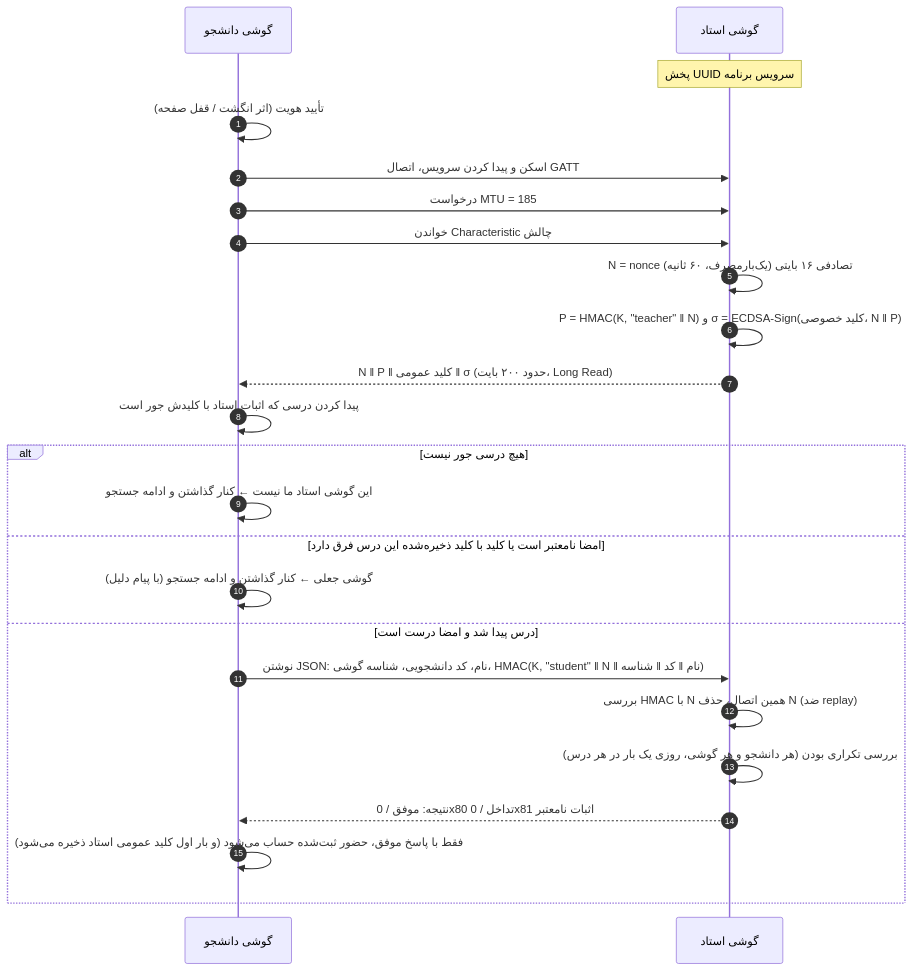
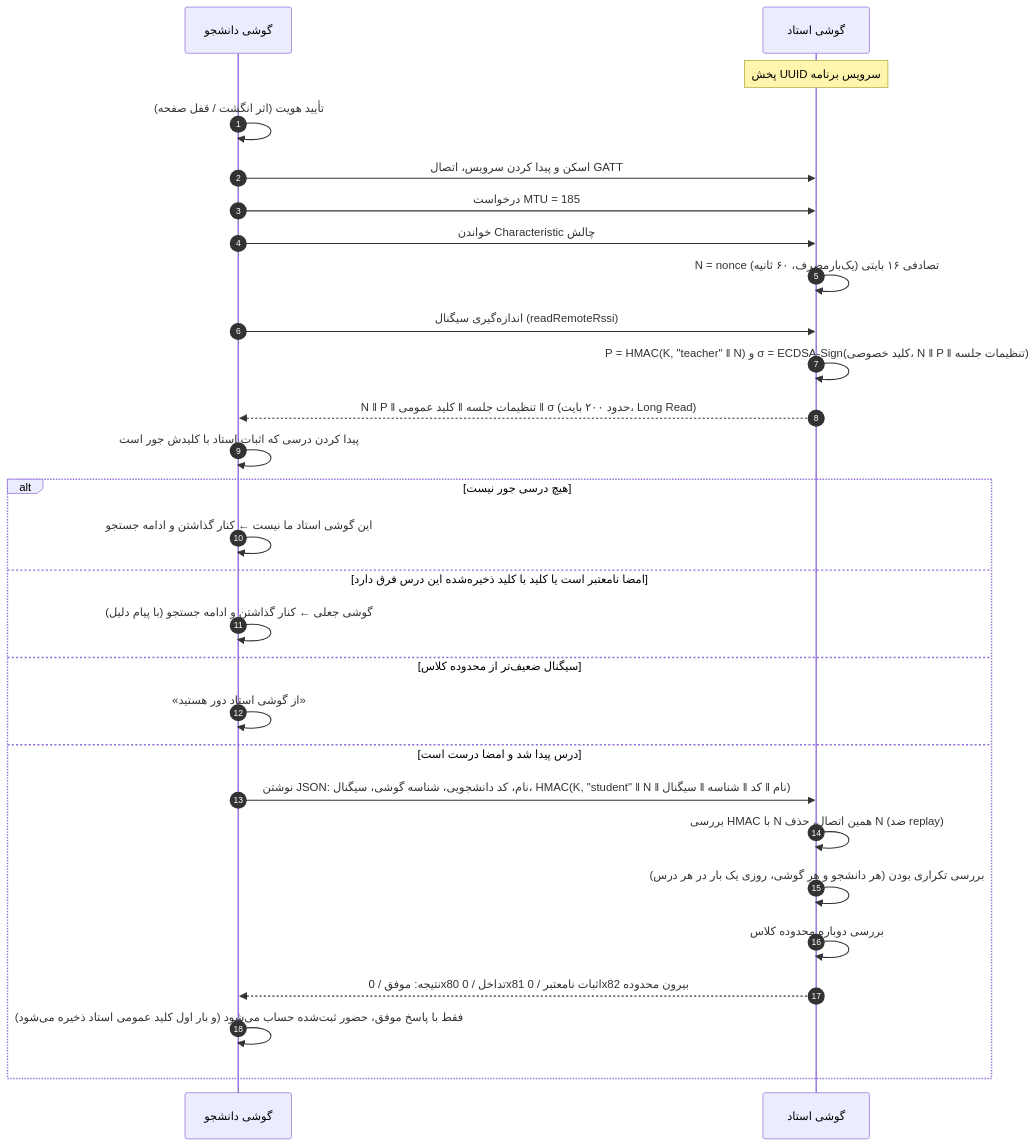
Before and after one commit to ali-cev-1200/Presence: the third of 4 diagrams in docs/report.md, drawn with Mermaid. The commit also changed other lines of this file and 21 other files, not shown here.

First line of the commit message:
add : محدوده کلاس با قدرت سیگنال بلوتوث (RSSI)

````diff
--- a/docs/report.md
+++ b/docs/report.md
@@ -119,26 +137,30 @@
 ```mermaid
 sequenceDiagram
     autonumber
     participant S as گوشی دانشجو
     participant T as گوشی استاد
     Note over T: پخش UUID سرویس برنامه
     S->>S: تأیید هویت (اثر انگشت / قفل صفحه)
     S->>T: اسکن و پیدا کردن سرویس، اتصال GATT
     S->>T: درخواست MTU = 185
     S->>T: خواندن Characteristic چالش
     T->>T: N = nonce تصادفی ۱۶ بایتی (یک‌بارمصرف، ۶۰ ثانیه)
-    T->>T: P = HMAC(K, "teacher" ‖ N) و σ = ECDSA-Sign(کلید خصوصی، N ‖ P)
-    T-->>S: N ‖ P ‖ کلید عمومی ‖ σ (حدود ۲۰۰ بایت، Long Read)
+    S->>T: اندازه‌گیری سیگنال (readRemoteRssi)
+    T->>T: P = HMAC(K, "teacher" ‖ N) و σ = ECDSA-Sign(کلید خصوصی، N ‖ P ‖ تنظیمات جلسه)
+    T-->>S: N ‖ P ‖ تنظیمات جلسه ‖ کلید عمومی ‖ σ (حدود ۲۰۰ بایت، Long Read)
     S->>S: پیدا کردن درسی که اثبات استاد با کلیدش جور است
     alt هیچ درسی جور نیست
         S->>S: این گوشی استاد ما نیست ← کنار گذاشتن و ادامه جستجو
     else امضا نامعتبر است یا کلید با کلید ذخیره‌شده این درس فرق دارد
         S->>S: گوشی جعلی ← کنار گذاشتن و ادامه جستجو (با پیام دلیل)
+    else سیگنال ضعیف‌تر از محدوده کلاس
+        S->>S: «از گوشی استاد دور هستید»
     else درس پیدا شد و امضا درست است
-        S->>T: نوشتن JSON: نام، کد دانشجویی، شناسه گوشی، HMAC(K, "student" ‖ N ‖ نام ‖ کد ‖ شناسه)
+        S->>T: نوشتن JSON: نام، کد دانشجویی، شناسه گوشی، سیگنال، HMAC(K, "student" ‖ N ‖ نام ‖ کد ‖ شناسه ‖ سیگنال)
         T->>T: بررسی HMAC با N همین اتصال، حذف N (ضد replay)
         T->>T: بررسی تکراری بودن (هر دانشجو و هر گوشی، روزی یک بار در هر درس)
-        T-->>S: نتیجه: موفق / 0x80 تداخل / 0x81 اثبات نامعتبر
+        T->>T: بررسی دوباره محدوده کلاس
+        T-->>S: نتیجه: موفق / 0x80 تداخل / 0x81 اثبات نامعتبر / 0x82 بیرون محدوده
         S->>S: فقط با پاسخ موفق، حضور ثبت‌شده حساب می‌شود (و بار اول کلید عمومی استاد ذخیره می‌شود)
     end
 ```
````
